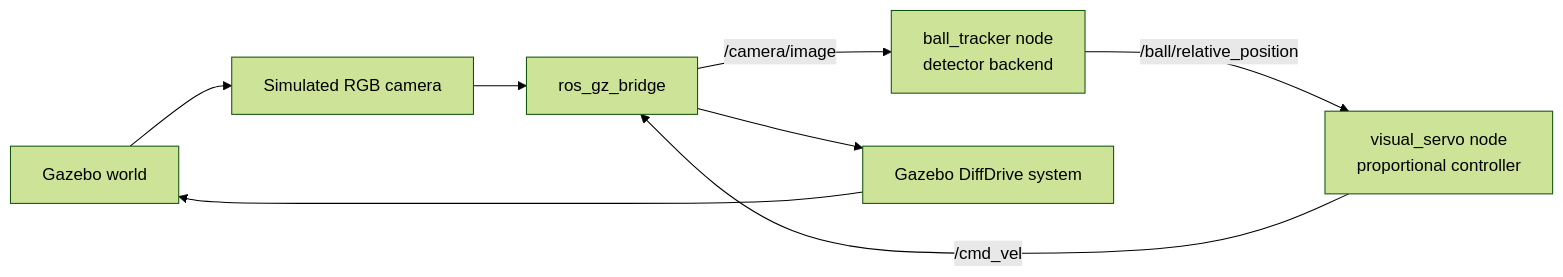
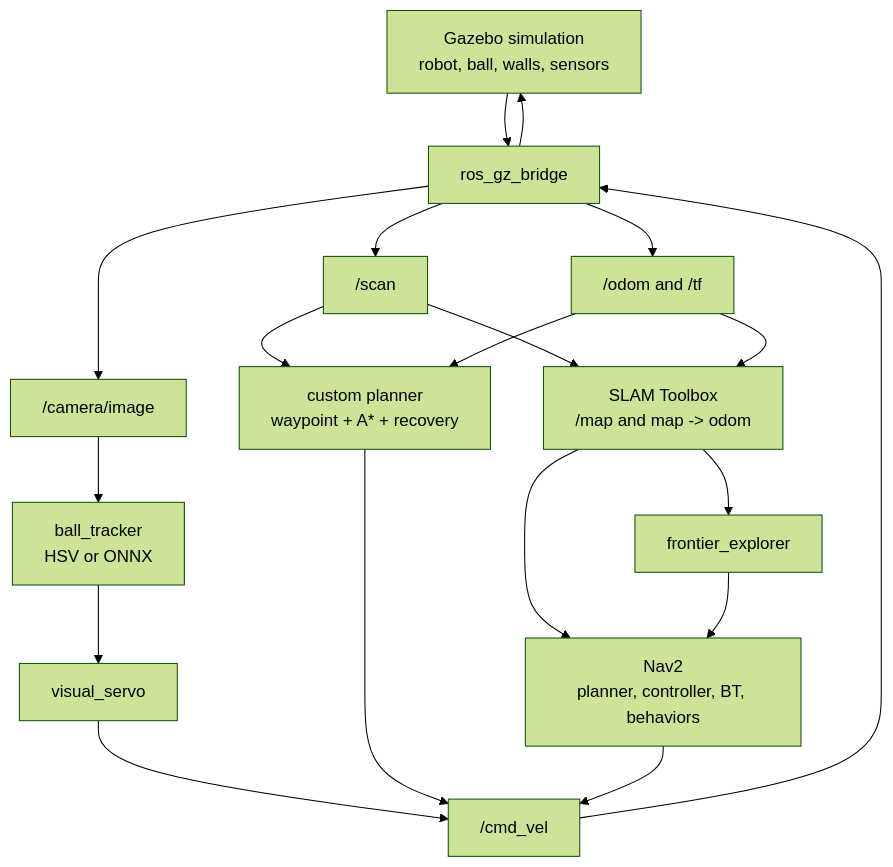
One commit to nkachalia1/vision-guided-robot changed the diagram in README.md. Above: the diagram before and after it, drawn with Mermaid (forest theme). The commit also changed other lines of this file and 3 other files, not shown here.

````diff
--- a/README.md
+++ b/README.md
@@ -7,17 +57,34 @@
 ```mermaid
-flowchart LR
-    Gazebo["Gazebo world"]
-    Camera["Simulated RGB camera"]
+flowchart TB
+    Gazebo["Gazebo simulation<br/>robot, ball, walls, sensors"]
     Bridge["ros_gz_bridge"]
-    Perception["ball_tracker node<br/>detector backend"]
-    Control["visual_servo node<br/>proportional controller"]
-    Drive["Gazebo DiffDrive system"]
+    Camera["/camera/image"]
+    Lidar["/scan"]
+    Odom["/odom and /tf"]
+    Perception["ball_tracker<br/>HSV or ONNX"]
+    VisualServo["visual_servo"]
+    CustomNav["custom planner<br/>waypoint + A* + recovery"]
+    SLAM["SLAM Toolbox<br/>/map and map -> odom"]
+    Nav2["Nav2<br/>planner, controller, BT, behaviors"]
+    Explorer["frontier_explorer"]
+    Cmd["/cmd_vel"]
 
-    Gazebo --> Camera
-    Camera --> Bridge
-    Bridge -->|/camera/image| Perception
-    Perception -->|/ball/relative_position| Control
-    Control -->|/cmd_vel| Bridge
-    Bridge --> Drive
-    Drive --> Gazebo
+    Gazebo --> Bridge
+    Bridge --> Camera
+    Bridge --> Lidar
+    Bridge --> Odom
+    Camera --> Perception
+    Perception --> VisualServo
+    Lidar --> CustomNav
+    Odom --> CustomNav
+    Lidar --> SLAM
+    Odom --> SLAM
+    SLAM --> Nav2
+    SLAM --> Explorer
+    Explorer --> Nav2
+    VisualServo --> Cmd
+    CustomNav --> Cmd
+    Nav2 --> Cmd
+    Cmd --> Bridge
+    Bridge --> Gazebo
 ```
````
